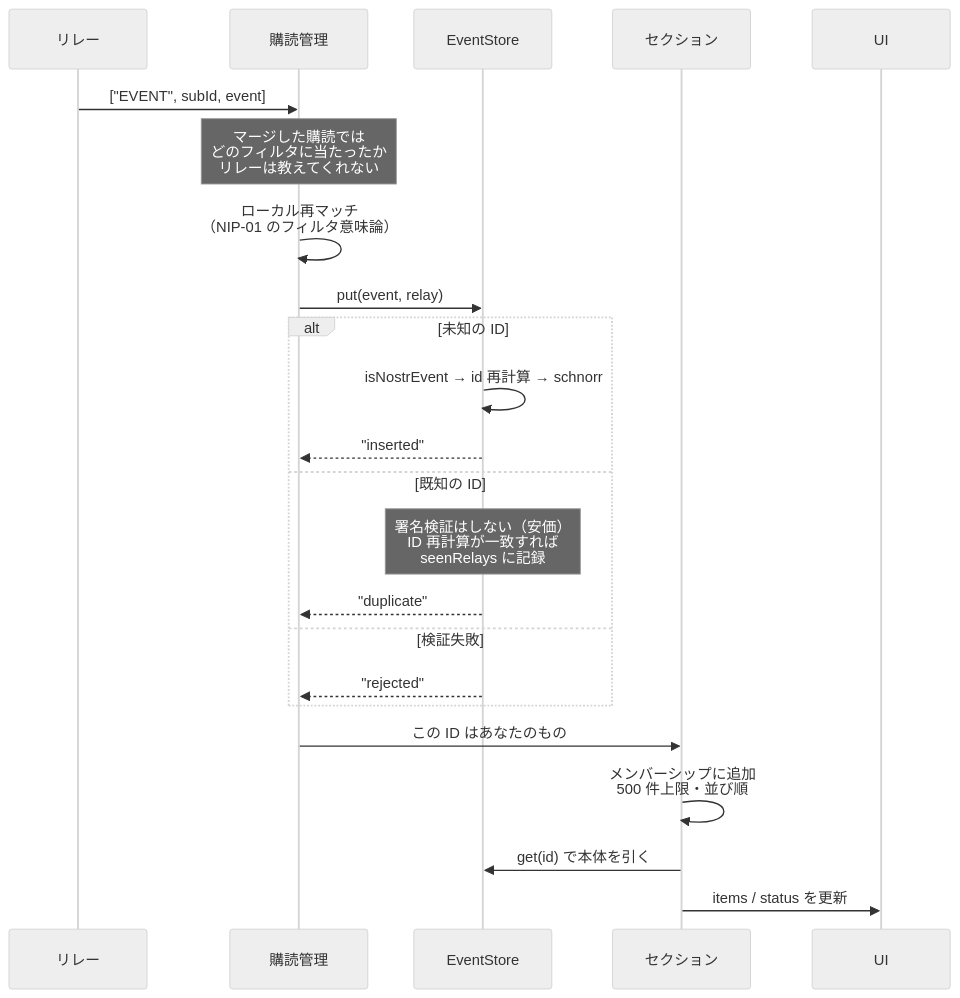
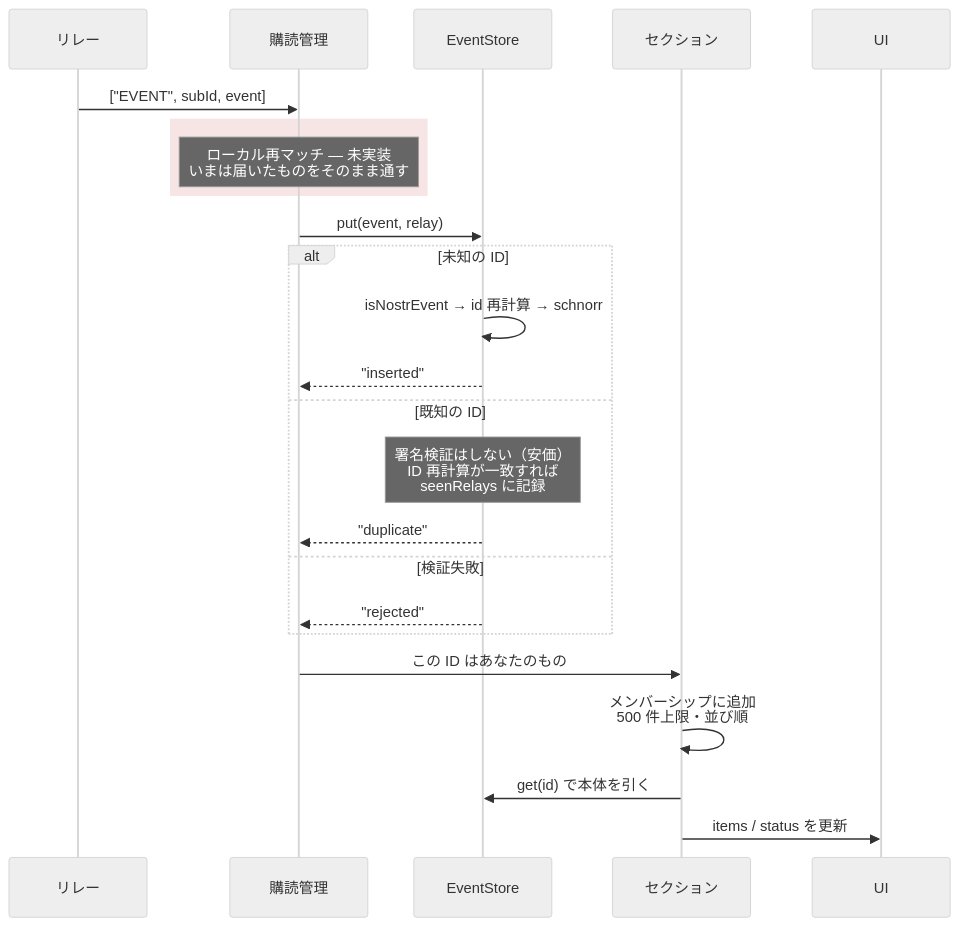
The fourth of 5 diagrams in docs/design/architecture.md (eyemono-moe/streets), drawn with Mermaid (neutral theme) before and after one commit. The commit also changed other lines of this file, not shown here.

First line of the commit message:
docs(architecture): stop over-claiming, and record what the pool slice covers

````diff
--- a/docs/design/architecture.md
+++ b/docs/design/architecture.md
@@ -166,26 +169,27 @@
 ```mermaid
 sequenceDiagram
   participant R as リレー
   participant SUB as 購読管理
   participant ES as EventStore
   participant SEC as セクション
   participant UI as UI
 
   R->>SUB: ["EVENT", subId, event]
-  Note over SUB: マージした購読では<br/>どのフィルタに当たったか<br/>リレーは教えてくれない
-  SUB->>SUB: ローカル再マッチ<br/>（NIP-01 のフィルタ意味論）
+  rect rgba(200,80,80,0.15)
+    Note over SUB: ローカル再マッチ ― 未実装<br/>いまは届いたものをそのまま通す
+  end
   SUB->>ES: put(event, relay)
   alt 未知の ID
     ES->>ES: isNostrEvent → id 再計算 → schnorr
     ES-->>SUB: "inserted"
   else 既知の ID
     Note over ES: 署名検証はしない（安価）<br/>ID 再計算が一致すれば<br/>seenRelays に記録
     ES-->>SUB: "duplicate"
   else 検証失敗
     ES-->>SUB: "rejected"
   end
   SUB->>SEC: この ID はあなたのもの
   SEC->>SEC: メンバーシップに追加<br/>500 件上限・並び順
   SEC->>ES: get(id) で本体を引く
   SEC->>UI: items / status を更新
 ```
````
